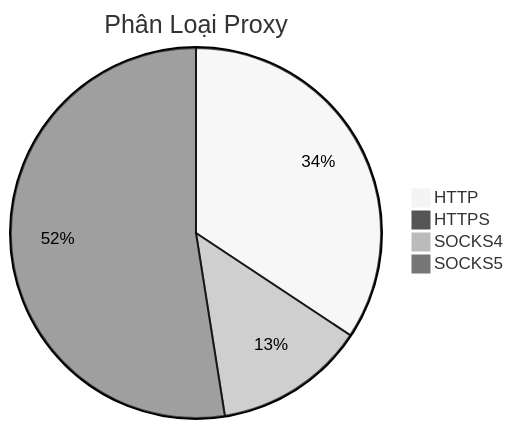
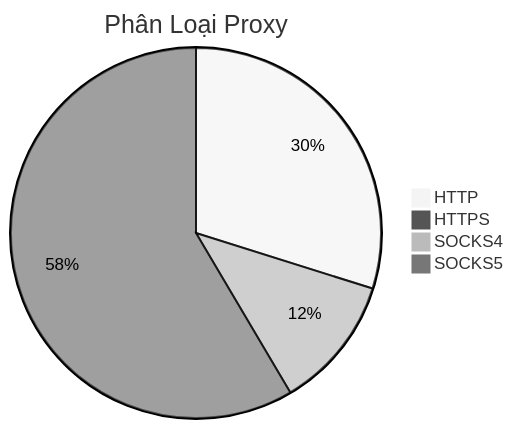
The diagram in README.md (Ciara-Aa/PROXY-free), drawn with Mermaid (neutral theme) before and after one commit. The commit also changed other lines of this file and 4 other files, not shown here.

````diff
--- a/README.md
+++ b/README.md
@@ -26,7 +26,7 @@
 ```mermaid
 pie title Phân Loại Proxy
-    "HTTP" : 757
-    "HTTPS" : 5
-    "SOCKS4" : 291
-    "SOCKS5" : 1158
+    "HTTP" : 820
+    "HTTPS" : 4
+    "SOCKS4" : 320
+    "SOCKS5" : 1607
 ```
````
